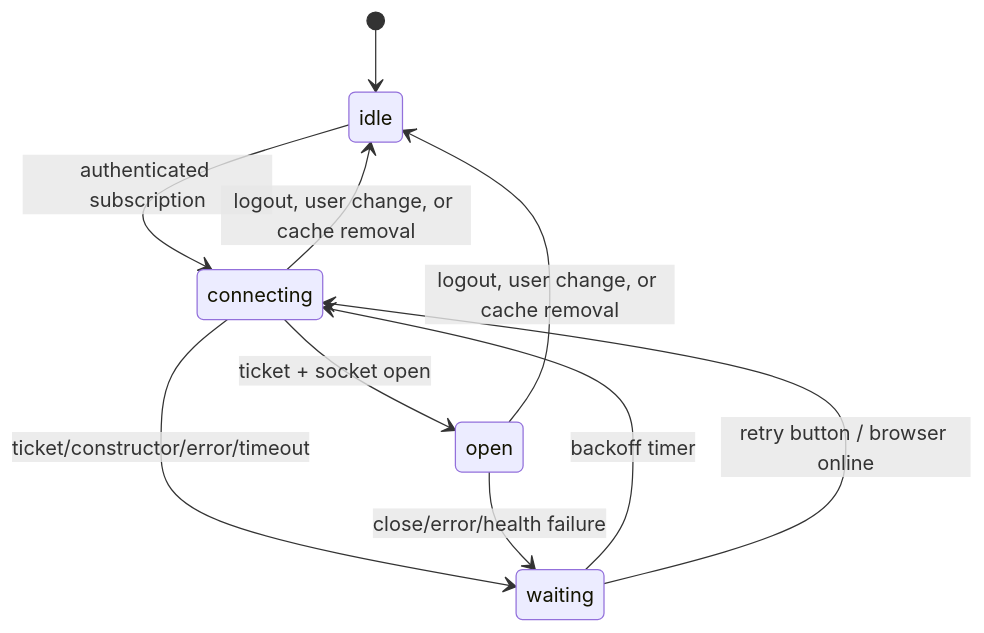
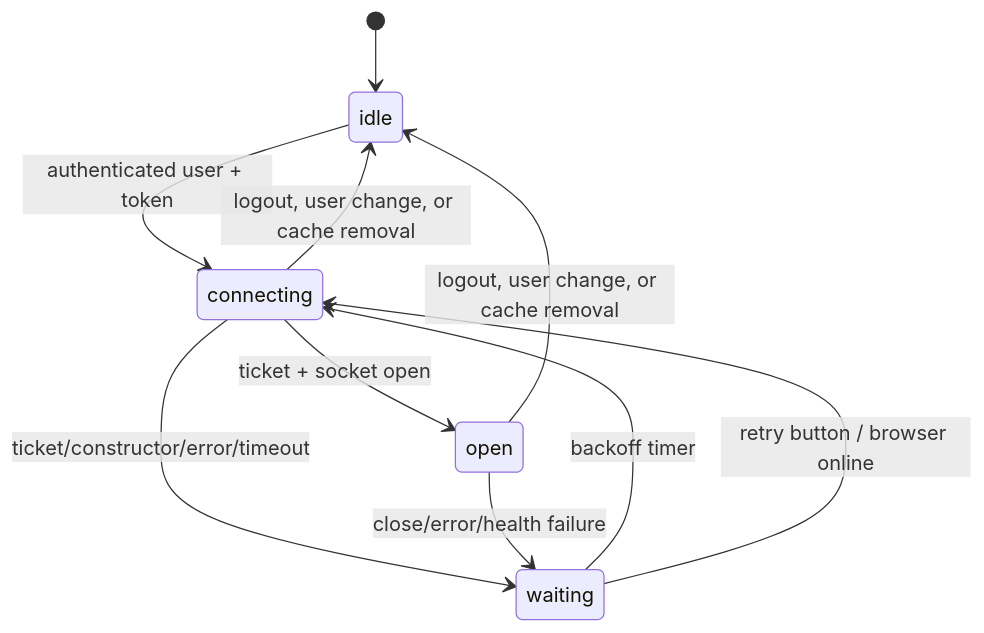
The diagram in docs/processes/realtime-connection.md (DIvanCode/CoDuels-Frontend), drawn with Mermaid before and after one commit. The commit also changed other lines of this file and 10 other files, not shown here.

````diff
--- a/docs/processes/realtime-connection.md
+++ b/docs/processes/realtime-connection.md
@@ -99,12 +101,12 @@
 ```mermaid
 stateDiagram-v2
     [*] --> idle
-    idle --> connecting: authenticated subscription
+    idle --> connecting: authenticated user + token
     connecting --> open: ticket + socket open
     connecting --> waiting: ticket/constructor/error/timeout
     open --> waiting: close/error/health failure
     waiting --> connecting: backoff timer
     waiting --> connecting: retry button / browser online
     open --> idle: logout, user change, or cache removal
     connecting --> idle: logout, user change, or cache removal
 ```
````
